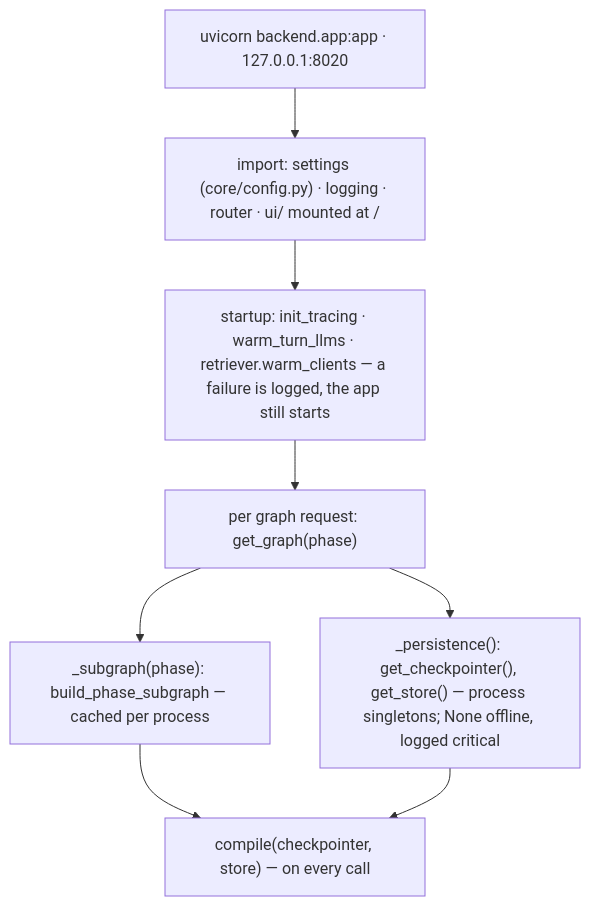
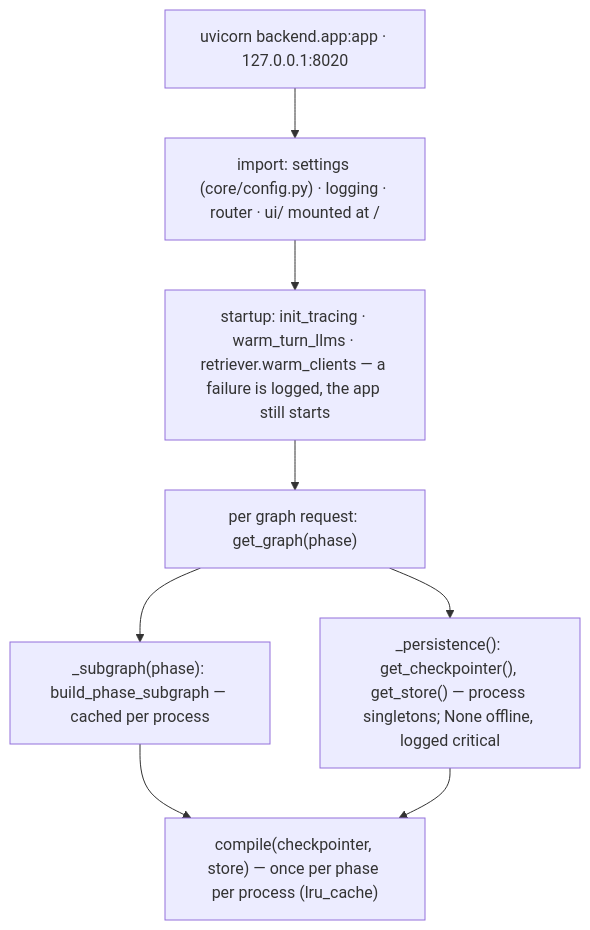
Before and after one commit to vpangalis/agentlean: the seventh of 9 diagrams in agent-improve/ARCHITECTURE.md, drawn with Mermaid. The commit also changed other lines of this file and 2 other files, not shown here.

````diff
--- a/agent-improve/ARCHITECTURE.md
+++ b/agent-improve/ARCHITECTURE.md
@@ -264,10 +271,10 @@
 ```mermaid
 flowchart TB
   u["uvicorn backend.app:app · 127.0.0.1:8020"] --> i["import: settings (core/config.py) · logging · router · ui/ mounted at /"]
   i --> st["startup: init_tracing · warm_turn_llms · retriever.warm_clients — a failure is logged, the app still starts"]
   st --> g["per graph request: get_graph(phase)"]
   g --> sg["_subgraph(phase): build_phase_subgraph — cached per process"]
   g --> pe["_persistence(): get_checkpointer(), get_store() — process singletons; None offline, logged critical"]
-  sg --> c["compile(checkpointer, store) — on every call"]
+  sg --> c["compile(checkpointer, store) — once per phase per process (lru_cache)"]
   pe --> c
 ```
````
